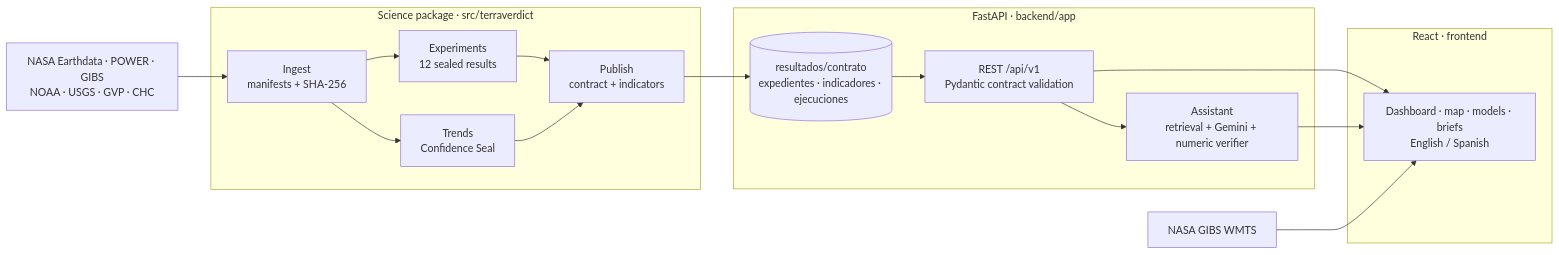
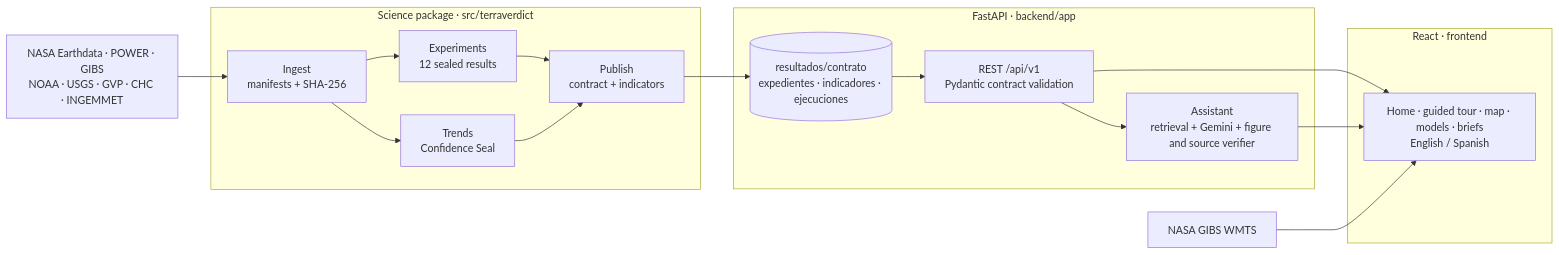
One commit to OwerLopez/terraverdict changed the diagram in readme.md. Above: the diagram before and after it, drawn with Mermaid. The commit also changed other lines of this file and 14 other files, not shown here.

````diff
--- a/readme.md
+++ b/readme.md
@@ -202,20 +206,20 @@
 ```mermaid
 flowchart LR
-    SRC[NASA Earthdata · POWER · GIBS<br/>NOAA · USGS · GVP · CHC] --> ING
+    SRC[NASA Earthdata · POWER · GIBS<br/>NOAA · USGS · GVP · CHC · INGEMMET] --> ING
     subgraph Science["Science package · src/terraverdict"]
         ING[Ingest<br/>manifests + SHA-256] --> EXP[Experiments<br/>12 sealed results]
         ING --> TR[Trends<br/>Confidence Seal]
         EXP & TR --> PUB[Publish<br/>contract + indicators]
     end
     PUB --> K[(resultados/contrato<br/>expedientes · indicadores · ejecuciones)]
     subgraph Service["FastAPI · backend/app"]
         K --> API[REST /api/v1<br/>Pydantic contract validation]
-        API --> AST[Assistant<br/>retrieval + Gemini + numeric verifier]
+        API --> AST[Assistant<br/>retrieval + Gemini + figure and source verifier]
     end
     subgraph Client["React · frontend"]
-        UI[Dashboard · map · models · briefs<br/>English / Spanish]
+        UI[Home · guided tour · map · models · briefs<br/>English / Spanish]
     end
     API --> UI
     AST --> UI
     GIBS[NASA GIBS WMTS] --> UI
 ```
````
